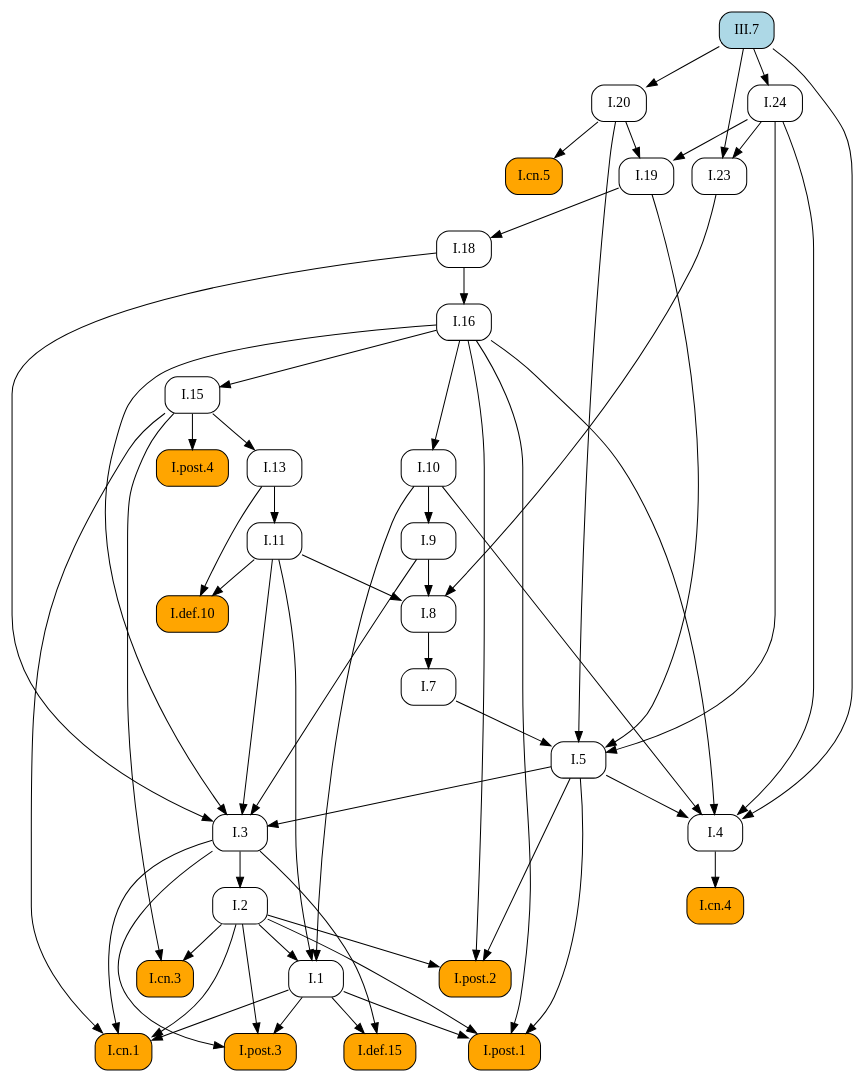
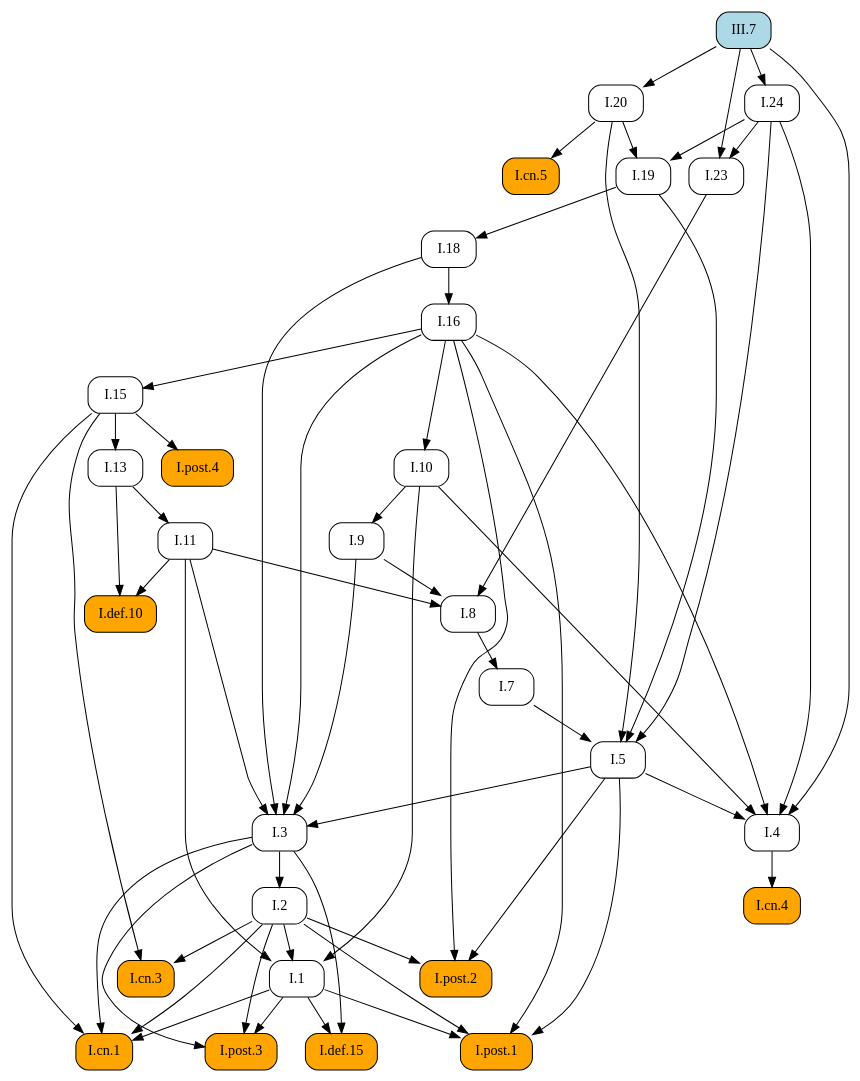
One commit to geometor/elements changed the diagram in docsrc/heath/III/7/index.rst. Above: the diagram before and after it, drawn with Graphviz. The commit also changed other lines of this file and 484 other files, not shown here.

```diff
--- a/docsrc/heath/III/7/index.rst
+++ b/docsrc/heath/III/7/index.rst
@@ -123,91 +123,91 @@
    digraph {
      rankdir="TB";
      node [shape=box, style=rounded];
+     "I.23" [URL="/heath/I/23/", target="_top"];
+     "I.9" [URL="/heath/I/9/", target="_top"];
+     "I.cn.1" [style="rounded,filled", fillcolor=orange, URL="/heath/I/cn.1/", target="_top"];
+     "I.7" [URL="/heath/I/7/", target="_top"];
+     "I.2" [URL="/heath/I/2/", target="_top"];
+     "I.def.15" [style="rounded,filled", fillcolor=orange, URL="/heath/I/def.15/", target="_top"];
+     "I.13" [URL="/heath/I/13/", target="_top"];
+     "I.post.4" [style="rounded,filled", fillcolor=orange, URL="/heath/I/post.4/", target="_top"];
+     "I.4" [URL="/heath/I/4/", target="_top"];
+     "I.1" [URL="/heath/I/1/", target="_top"];
+     "I.post.3" [style="rounded,filled", fillcolor=orange, URL="/heath/I/post.3/", target="_top"];
+     "I.post.1" [style="rounded,filled", fillcolor=orange, URL="/heath/I/post.1/", target="_top"];
+     "I.5" [URL="/heath/I/5/", target="_top"];
+     "I.19" [URL="/heath/I/19/", target="_top"];
+     "I.8" [URL="/heath/I/8/", target="_top"];
+     "III.7" [style="rounded,filled", fillcolor=lightblue, URL="/heath/III/7/", target="_top"];
+     "I.cn.3" [style="rounded,filled", fillcolor=orange, URL="/heath/I/cn.3/", target="_top"];
+     "I.16" [URL="/heath/I/16/", target="_top"];
+     "I.20" [URL="/heath/I/20/", target="_top"];
      "I.def.10" [style="rounded,filled", fillcolor=orange, URL="/heath/I/def.10/", target="_top"];
+     "I.18" [URL="/heath/I/18/", target="_top"];
+     "I.15" [URL="/heath/I/15/", target="_top"];
+     "I.10" [URL="/heath/I/10/", target="_top"];
+     "I.11" [URL="/heath/I/11/", target="_top"];
+     "I.cn.4" [style="rounded,filled", fillcolor=orange, URL="/heath/I/cn.4/", target="_top"];
+     "I.post.2" [style="rounded,filled", fillcolor=orange, URL="/heath/I/post.2/", target="_top"];
+     "I.24" [URL="/heath/I/24/", target="_top"];
      "I.cn.5" [style="rounded,filled", fillcolor=orange, URL="/heath/I/cn.5/", target="_top"];
-     "I.post.4" [style="rounded,filled", fillcolor=orange, URL="/heath/I/post.4/", target="_top"];
-     "I.1" [URL="/heath/I/1/", target="_top"];
-     "I.11" [URL="/heath/I/11/", target="_top"];
-     "I.7" [URL="/heath/I/7/", target="_top"];
-     "I.20" [URL="/heath/I/20/", target="_top"];
-     "I.24" [URL="/heath/I/24/", target="_top"];
      "I.3" [URL="/heath/I/3/", target="_top"];
-     "I.2" [URL="/heath/I/2/", target="_top"];
-     "I.4" [URL="/heath/I/4/", target="_top"];
-     "I.13" [URL="/heath/I/13/", target="_top"];
-     "I.post.2" [style="rounded,filled", fillcolor=orange, URL="/heath/I/post.2/", target="_top"];
-     "I.18" [URL="/heath/I/18/", target="_top"];
-     "I.16" [URL="/heath/I/16/", target="_top"];
-     "I.def.15" [style="rounded,filled", fillcolor=orange, URL="/heath/I/def.15/", target="_top"];
-     "I.19" [URL="/heath/I/19/", target="_top"];
-     "I.post.3" [style="rounded,filled", fillcolor=orange, URL="/heath/I/post.3/", target="_top"];
-     "I.9" [URL="/heath/I/9/", target="_top"];
-     "III.7" [style="rounded,filled", fillcolor=lightblue, URL="/heath/III/7/", target="_top"];
-     "I.cn.1" [style="rounded,filled", fillcolor=orange, URL="/heath/I/cn.1/", target="_top"];
-     "I.cn.3" [style="rounded,filled", fillcolor=orange, URL="/heath/I/cn.3/", target="_top"];
-     "I.8" [URL="/heath/I/8/", target="_top"];
-     "I.cn.4" [style="rounded,filled", fillcolor=orange, URL="/heath/I/cn.4/", target="_top"];
-     "I.23" [URL="/heath/I/23/", target="_top"];
-     "I.15" [URL="/heath/I/15/", target="_top"];
-     "I.post.1" [style="rounded,filled", fillcolor=orange, URL="/heath/I/post.1/", target="_top"];
-     "I.10" [URL="/heath/I/10/", target="_top"];
-     "I.5" [URL="/heath/I/5/", target="_top"];
-     "I.11" -> "I.def.10";
-     "I.13" -> "I.def.10";
-     "I.20" -> "I.cn.5";
+     "I.24" -> "I.23";
+     "III.7" -> "I.23";
+     "I.10" -> "I.9";
+     "I.1" -> "I.cn.1";
+     "I.2" -> "I.cn.1";
+     "I.3" -> "I.cn.1";
+     "I.15" -> "I.cn.1";
+     "I.8" -> "I.7";
+     "I.3" -> "I.2";
+     "I.1" -> "I.def.15";
+     "I.3" -> "I.def.15";
+     "I.15" -> "I.13";
      "I.15" -> "I.post.4";
+     "I.5" -> "I.4";
+     "I.10" -> "I.4";
+     "I.16" -> "I.4";
+     "I.24" -> "I.4";
+     "III.7" -> "I.4";
      "I.2" -> "I.1";
      "I.10" -> "I.1";
      "I.11" -> "I.1";
+     "I.1" -> "I.post.3";
+     "I.2" -> "I.post.3";
+     "I.3" -> "I.post.3";
+     "I.1" -> "I.post.1";
+     "I.2" -> "I.post.1";
+     "I.5" -> "I.post.1";
+     "I.16" -> "I.post.1";
+     "I.7" -> "I.5";
+     "I.19" -> "I.5";
+     "I.20" -> "I.5";
+     "I.24" -> "I.5";
+     "I.20" -> "I.19";
+     "I.24" -> "I.19";
+     "I.9" -> "I.8";
+     "I.11" -> "I.8";
+     "I.23" -> "I.8";
+     "I.2" -> "I.cn.3";
+     "I.15" -> "I.cn.3";
+     "I.18" -> "I.16";
+     "III.7" -> "I.20";
+     "I.11" -> "I.def.10";
+     "I.13" -> "I.def.10";
+     "I.19" -> "I.18";
+     "I.16" -> "I.15";
+     "I.16" -> "I.10";
      "I.13" -> "I.11";
-     "I.8" -> "I.7";
-     "III.7" -> "I.20";
+     "I.4" -> "I.cn.4";
+     "I.2" -> "I.post.2";
+     "I.5" -> "I.post.2";
+     "I.16" -> "I.post.2";
      "III.7" -> "I.24";
+     "I.20" -> "I.cn.5";
      "I.5" -> "I.3";
      "I.9" -> "I.3";
      "I.11" -> "I.3";
      "I.16" -> "I.3";
      "I.18" -> "I.3";
-     "I.3" -> "I.2";
-     "I.5" -> "I.4";
-     "I.10" -> "I.4";
-     "I.16" -> "I.4";
-     "I.24" -> "I.4";
-     "III.7" -> "I.4";
-     "I.15" -> "I.13";
-     "I.2" -> "I.post.2";
-     "I.5" -> "I.post.2";
-     "I.16" -> "I.post.2";
-     "I.19" -> "I.18";
-     "I.18" -> "I.16";
-     "I.1" -> "I.def.15";
-     "I.3" -> "I.def.15";
-     "I.20" -> "I.19";
-     "I.24" -> "I.19";
-     "I.1" -> "I.post.3";
-     "I.2" -> "I.post.3";
-     "I.3" -> "I.post.3";
-     "I.10" -> "I.9";
-     "I.1" -> "I.cn.1";
-     "I.2" -> "I.cn.1";
-     "I.3" -> "I.cn.1";
-     "I.15" -> "I.cn.1";
-     "I.2" -> "I.cn.3";
-     "I.15" -> "I.cn.3";
-     "I.9" -> "I.8";
-     "I.11" -> "I.8";
-     "I.23" -> "I.8";
-     "I.4" -> "I.cn.4";
-     "I.24" -> "I.23";
-     "III.7" -> "I.23";
-     "I.16" -> "I.15";
-     "I.1" -> "I.post.1";
-     "I.2" -> "I.post.1";
-     "I.5" -> "I.post.1";
-     "I.16" -> "I.post.1";
-     "I.16" -> "I.10";
-     "I.7" -> "I.5";
-     "I.19" -> "I.5";
-     "I.20" -> "I.5";
-     "I.24" -> "I.5";
    }
```
